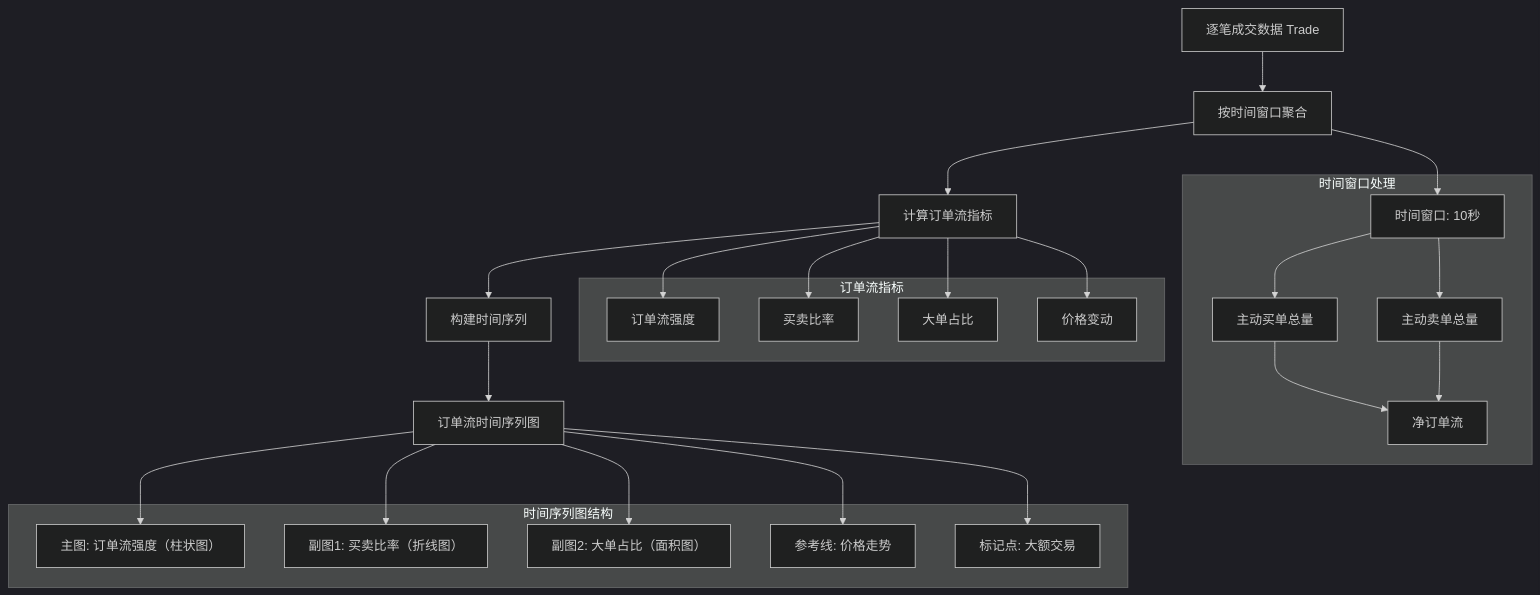
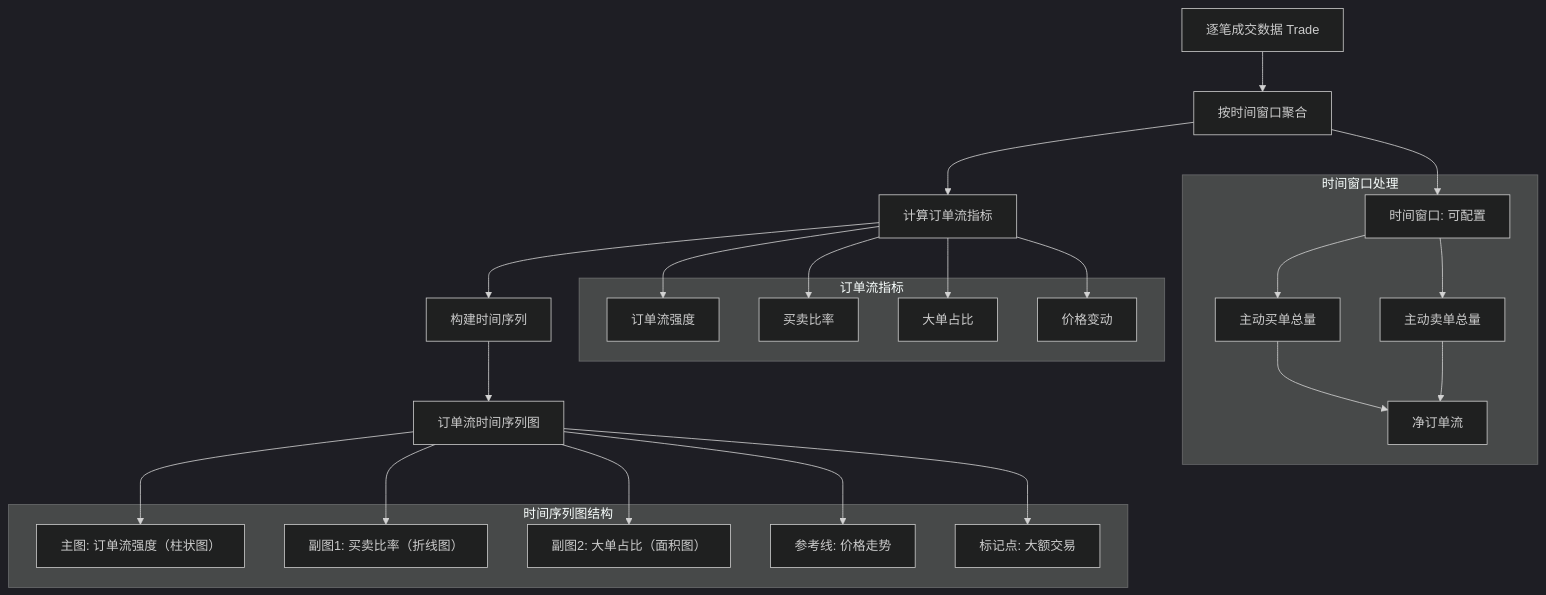
The third of 3 diagrams in order_flow_implementation.md (jimiechen/event-crawler), drawn with Mermaid (dark theme) before and after one commit. The commit also changed other lines of this file, not shown here.

````diff
--- a/order_flow_implementation.md
+++ b/order_flow_implementation.md
@@ -354,46 +390,46 @@
 ```mermaid
 graph TD
     A[逐笔成交数据 Trade] --> B[按时间窗口聚合]
     B --> C[计算订单流指标]
     C --> D[构建时间序列]
     D --> E[订单流时间序列图]
     
     subgraph 时间窗口处理
-        B1[时间窗口: 10秒]
+        B1[时间窗口: 可配置]
         B2[主动买单总量]
         B3[主动卖单总量]
         B4[净订单流]
     end
     
     B --> B1
     B1 --> B2
     B1 --> B3
     B2 --> B4
     B3 --> B4
     
     subgraph 订单流指标
         C1[订单流强度]
         C2[买卖比率]
         C3[大单占比]
         C4[价格变动]
     end
     
     C --> C1
     C --> C2
     C --> C3
     C --> C4
     
     subgraph 时间序列图结构
         E1[主图: 订单流强度（柱状图）]
         E2[副图1: 买卖比率（折线图）]
         E3[副图2: 大单占比（面积图）]
         E4[参考线: 价格走势]
         E5[标记点: 大额交易]
     end
     
     E --> E1
     E --> E2
     E --> E3
     E --> E4
     E --> E5
 ```
````
